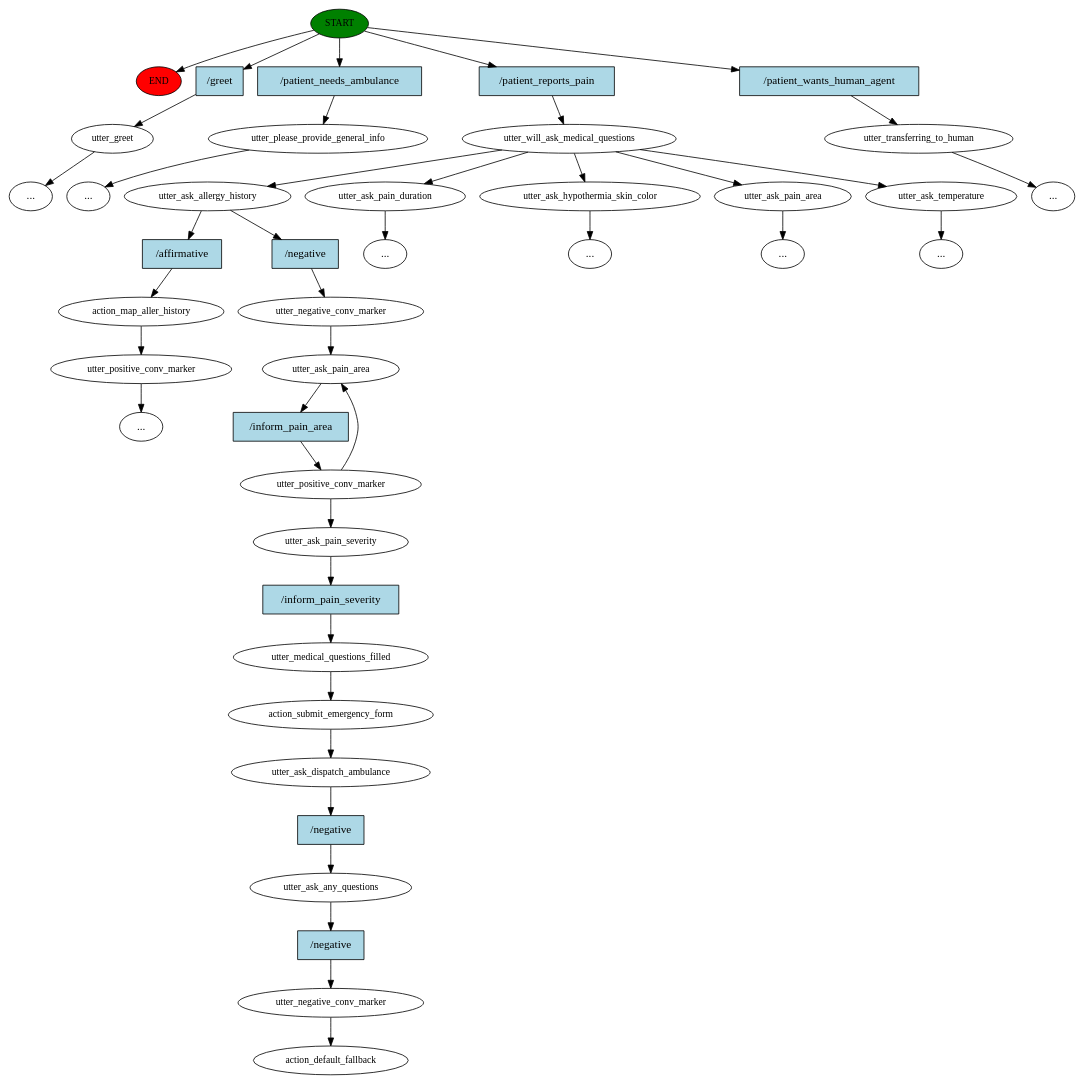
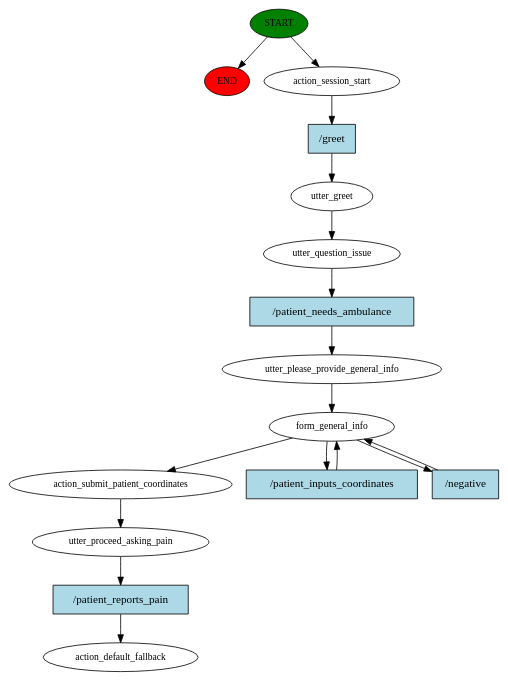
The diagram in story_graph.dot (halixness/HMD-Dispatcher), drawn with Graphviz before and after one commit. The commit also changed 8 other files, not shown here.

```diff
--- a/story_graph.dot
+++ b/story_graph.dot
@@ -1,84 +1,33 @@
 digraph  {
 0 [class="start active", fillcolor=green, fontsize=12, label=START, style=filled];
 "-1" [class=end, fillcolor=red, fontsize=12, label=END, style=filled];
-1 [class="", fontsize=12, label=utter_greet];
-"-4" [class=ellipsis, label="..."];
-3 [class="", fontsize=12, label=utter_please_provide_general_info];
-"-5" [class=ellipsis, label="..."];
-4 [class=active, fontsize=12, label=utter_will_ask_medical_questions];
-5 [class=active, fontsize=12, label=utter_ask_allergy_history];
-6 [class="", fontsize=12, label=action_map_aller_history];
-7 [class="", fontsize=12, label=utter_positive_conv_marker];
-9 [class="", fontsize=12, label=utter_ask_pain_duration];
-13 [class="", fontsize=12, label=utter_ask_hypothermia_skin_color];
-15 [class="", fontsize=12, label=utter_ask_pain_area];
-17 [class="", fontsize=12, label=utter_ask_temperature];
-"-12" [class=ellipsis, label="..."];
-"-14" [class=ellipsis, label="..."];
-"-15" [class=ellipsis, label="..."];
-"-16" [class=ellipsis, label="..."];
-"-17" [class=ellipsis, label="..."];
-32 [class="", fontsize=12, label=utter_transferring_to_human];
-"-18" [class=ellipsis, label="..."];
-35 [class=active, fontsize=12, label=utter_negative_conv_marker];
-36 [class=active, fontsize=12, label=utter_ask_pain_area];
-37 [class=active, fontsize=12, label=utter_positive_conv_marker];
-40 [class=active, fontsize=12, label=utter_ask_pain_severity];
-41 [class=active, fontsize=12, label=utter_medical_questions_filled];
-42 [class=active, fontsize=12, label=action_submit_emergency_form];
-43 [class=active, fontsize=12, label=utter_ask_dispatch_ambulance];
-44 [class=active, fontsize=12, label=utter_ask_any_questions];
-45 [class=active, fontsize=12, label=utter_negative_conv_marker];
-46 [class="dashed active", fontsize=12, label=action_default_fallback];
-47 [class=intent, fillcolor=lightblue, label="/greet", shape=rect, style=filled];
-48 [class=intent, fillcolor=lightblue, label="/patient_needs_ambulance", shape=rect, style=filled];
-49 [class="intent active", fillcolor=lightblue, label="/patient_reports_pain", shape=rect, style=filled];
-50 [class=intent, fillcolor=lightblue, label="/patient_wants_human_agent", shape=rect, style=filled];
-51 [class=intent, fillcolor=lightblue, label="/affirmative", shape=rect, style=filled];
-52 [class="intent active", fillcolor=lightblue, label="/negative", shape=rect, style=filled];
-53 [class="intent active", fillcolor=lightblue, label="/inform_pain_area", shape=rect, style=filled];
-54 [class="intent active", fillcolor=lightblue, label="/inform_pain_severity", shape=rect, style=filled];
-55 [class="intent active", fillcolor=lightblue, label="/negative", shape=rect, style=filled];
-56 [class="intent active", fillcolor=lightblue, label="/negative", shape=rect, style=filled];
+1 [class=active, fontsize=12, label=action_session_start];
+2 [class=active, fontsize=12, label=utter_greet];
+3 [class=active, fontsize=12, label=utter_question_issue];
+4 [class=active, fontsize=12, label=utter_please_provide_general_info];
+5 [class=active, fontsize=12, label=form_general_info];
+9 [class=active, fontsize=12, label=action_submit_patient_coordinates];
+10 [class=active, fontsize=12, label=utter_proceed_asking_pain];
+11 [class="dashed active", fontsize=12, label=action_default_fallback];
+12 [class="intent active", fillcolor=lightblue, label="/greet", shape=rect, style=filled];
+13 [class="intent active", fillcolor=lightblue, label="/patient_needs_ambulance", shape=rect, style=filled];
+14 [class="intent active", fillcolor=lightblue, label="/patient_inputs_coordinates", shape=rect, style=filled];
+15 [class="intent active", fillcolor=lightblue, label="/negative", shape=rect, style=filled];
+16 [class="intent active", fillcolor=lightblue, label="/patient_reports_pain", shape=rect, style=filled];
 0 -> "-1"  [class="", key=NONE, label=""];
-0 -> 47  [class="", key=0];
-0 -> 48  [class="", key=0];
-0 -> 49  [class=active, key=0];
-0 -> 50  [class="", key=0];
-1 -> "-4"  [class="", key=NONE, label=""];
-3 -> "-5"  [class="", key=NONE, label=""];
+0 -> 1  [class=active, key=NONE, label=""];
+1 -> 12  [class=active, key=0];
+2 -> 3  [class=active, key=NONE, label=""];
+3 -> 13  [class=active, key=0];
 4 -> 5  [class=active, key=NONE, label=""];
-4 -> 9  [class="", key=NONE, label=""];
-4 -> 13  [class="", key=NONE, label=""];
-4 -> 15  [class="", key=NONE, label=""];
-4 -> 17  [class="", key=NONE, label=""];
-5 -> 51  [class="", key=0];
-5 -> 52  [class=active, key=0];
-6 -> 7  [class="", key=NONE, label=""];
-7 -> "-12"  [class="", key=NONE, label=""];
-9 -> "-14"  [class="", key=NONE, label=""];
-13 -> "-15"  [class="", key=NONE, label=""];
-15 -> "-16"  [class="", key=NONE, label=""];
-17 -> "-17"  [class="", key=NONE, label=""];
-32 -> "-18"  [class="", key=NONE, label=""];
-35 -> 36  [class=active, key=NONE, label=""];
-36 -> 53  [class=active, key=0];
-37 -> 36  [class=active, key=NONE, label=""];
-37 -> 40  [class=active, key=NONE, label=""];
-40 -> 54  [class=active, key=0];
-41 -> 42  [class=active, key=NONE, label=""];
-42 -> 43  [class=active, key=NONE, label=""];
-43 -> 55  [class=active, key=0];
-44 -> 56  [class=active, key=0];
-45 -> 46  [class=active, key=NONE, label=""];
-47 -> 1  [class="", key=0];
-48 -> 3  [class="", key=0];
-49 -> 4  [class=active, key=0];
-50 -> 32  [class="", key=0];
-51 -> 6  [class="", key=0];
-52 -> 35  [class=active, key=0];
-53 -> 37  [class=active, key=0];
-54 -> 41  [class=active, key=0];
-55 -> 44  [class=active, key=0];
-56 -> 45  [class=active, key=0];
+5 -> 9  [class=active, key=NONE, label=""];
+5 -> 14  [class=active, key=0];
+5 -> 15  [class=active, key=0];
+9 -> 10  [class=active, key=NONE, label=""];
+10 -> 16  [class=active, key=0];
+12 -> 2  [class=active, key=0];
+13 -> 4  [class=active, key=0];
+14 -> 5  [class=active, key=0];
+15 -> 5  [class=active, key=0];
+16 -> 11  [class=active, key=0];
 }
```
